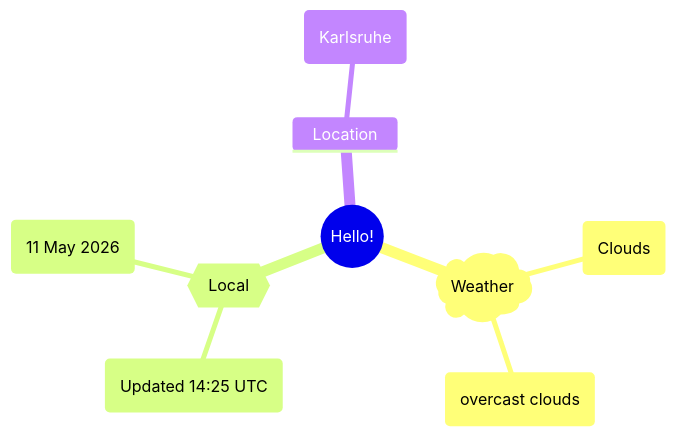
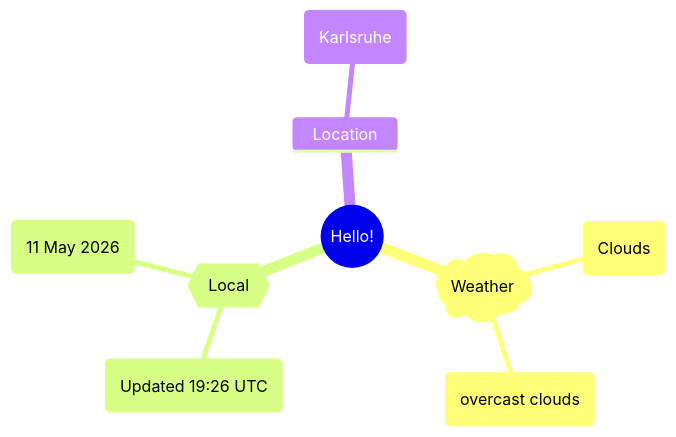
Before and after one commit to Xosrov/Xosrov: the first of 2 diagrams in README.md, drawn with Mermaid.

Commit message:
[bot] updated images

````diff
--- a/README.md
+++ b/README.md
@@ -3,12 +3,12 @@
 ```mermaid
 mindmap
   root((Hello!))
     )Weather(
         (Clouds)
         (overcast clouds)
     {{Local}}
-        (Updated 14:25 UTC)
+        (Updated 19:26 UTC)
         (11 May 2026)
     Location
         (Karlsruhe)
 ```
````
